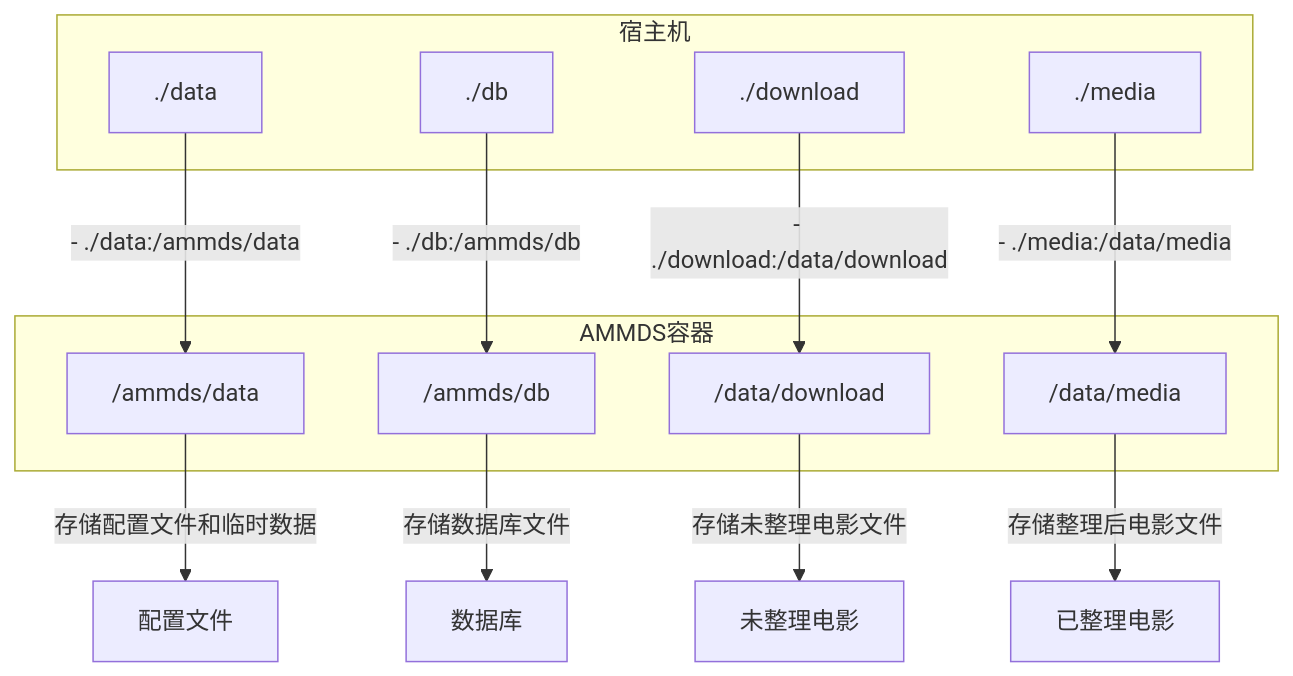
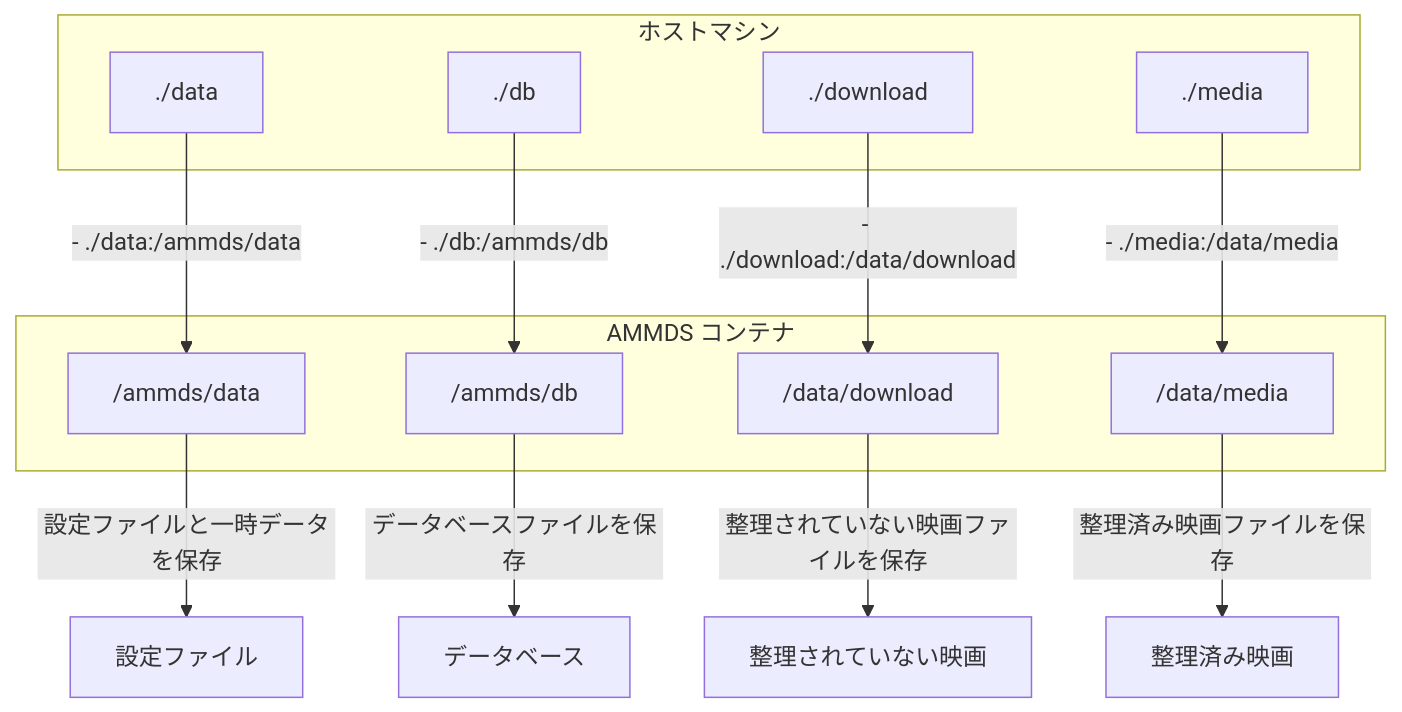
One commit to QYG2297248353/AMMDS-DOC changed the first of 5 diagrams in i18n/ja/docusaurus-plugin-content-docs/current/usage/Mount.md. Above: the diagram before and after it, drawn with Mermaid. The commit also changed other lines of this file and 23 other files, not shown here.

````diff
--- a/i18n/ja/docusaurus-plugin-content-docs/current/usage/Mount.md
+++ b/i18n/ja/docusaurus-plugin-content-docs/current/usage/Mount.md
@@ -39,30 +39,30 @@
 ```mermaid
 flowchart TD
-    %% 宿主机目录
-    subgraph HOST["宿主机"]
+    %% ホストマシンのディレクトリ
+    subgraph HOST["ホストマシン"]
         H_DATA["./data"]
         H_DB["./db"]
         H_DOWNLOAD["./download"]
         H_MEDIA["./media"]
     end
 
-    %% AMMDS容器
-    subgraph AMMDS["AMMDS容器"]
+    %% AMMDS コンテナ
+    subgraph AMMDS["AMMDS コンテナ"]
         A_DATA["/ammds/data"]
         A_DB["/ammds/db"]
         A_DOWNLOAD["/data/download"]
         A_MEDIA["/data/media"]
     end
 
-    %% 挂载关系
+    %% マウント関係
     H_DATA -->|"- ./data:/ammds/data"| A_DATA
     H_DB -->|"- ./db:/ammds/db"| A_DB
     H_DOWNLOAD -->|"- ./download:/data/download"| A_DOWNLOAD
     H_MEDIA -->|"- ./media:/data/media"| A_MEDIA
 
-    %% 说明
-    A_DATA -->|"存储配置文件和临时数据"| CONFIG["配置文件"]
-    A_DB -->|"存储数据库文件"| DATABASE["数据库"]
-    A_DOWNLOAD -->|"存储未整理电影文件"| RAW_MEDIA["未整理电影"]
-    A_MEDIA -->|"存储整理后电影文件"| PROCESSED_MEDIA["已整理电影"]
+    %% 説明
+    A_DATA -->|"設定ファイルと一時データを保存"| CONFIG["設定ファイル"]
+    A_DB -->|"データベースファイルを保存"| DATABASE["データベース"]
+    A_DOWNLOAD -->|"整理されていない映画ファイルを保存"| RAW_MEDIA["整理されていない映画"]
+    A_MEDIA -->|"整理済み映画ファイルを保存"| PROCESSED_MEDIA["整理済み映画"]
 ```
````
